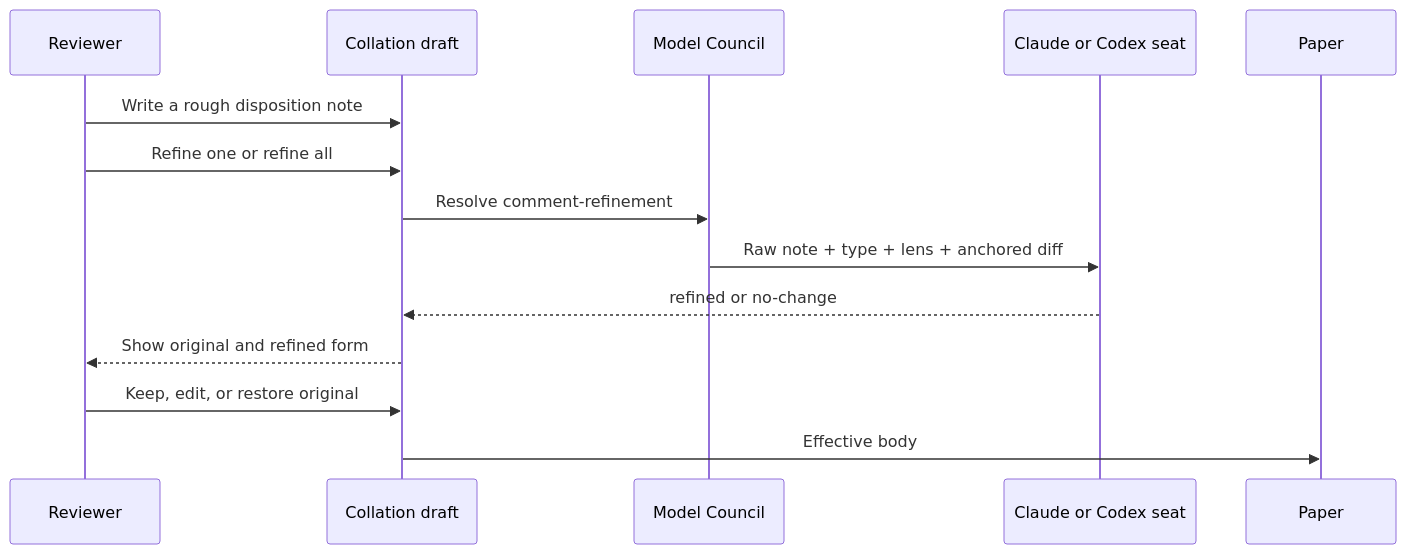
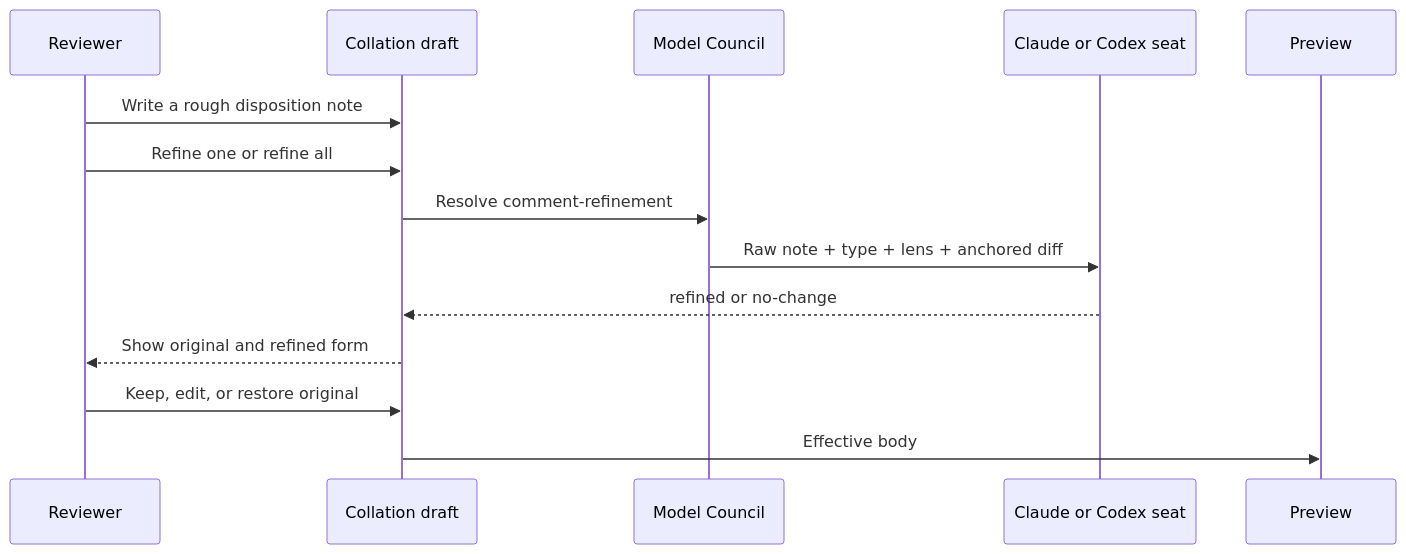
The first of 2 diagrams in docs/src/content/docs/developing/concepts/comment-refinement.md (rbutera/Rennet), drawn with Mermaid before and after one commit. The commit also changed other lines of this file and 53 other files, not shown here.

First line of the commit message:
refactor(language): drop the paper/signing metaphor entirely — preview → post (Rai, 2026-08-18)

````diff
--- a/docs/src/content/docs/developing/concepts/comment-refinement.md
+++ b/docs/src/content/docs/developing/concepts/comment-refinement.md
@@ -16,17 +16,17 @@
 ```mermaid
 sequenceDiagram
   participant U as Reviewer
   participant D as Collation draft
   participant C as Model Council
   participant H as Claude or Codex seat
-  participant P as Paper
+  participant P as Preview
 
   U->>D: Write a rough disposition note
   U->>D: Refine one or refine all
   D->>C: Resolve comment-refinement
   C->>H: Raw note + type + lens + anchored diff
   H-->>D: refined or no-change
   D-->>U: Show original and refined form
   U->>D: Keep, edit, or restore original
   D->>P: Effective body
 ```
````
